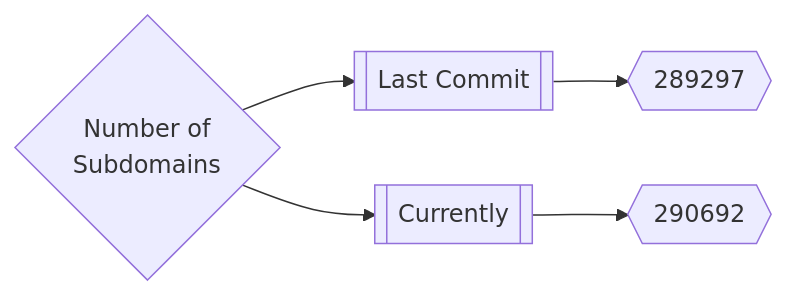
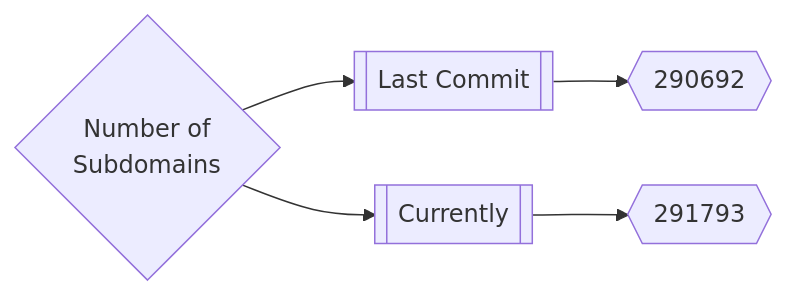
Before and after one commit to trickest/inventory: the first of 3 diagrams in README.md, drawn with Mermaid. The commit also changed other lines of this file, not shown here.

Commit message:
Update Sun May  1 03:05:33 UTC 2022

````diff
--- a/README.md
+++ b/README.md
@@ -165,5 +165,5 @@
 ```mermaid
 graph LR
-title{Number of<br>Subdomains} --> subdomainsDate1[[Last Commit]] --> subdomainsNum1{{289297}}
-title --> subdomainsDate2[[Currently]] --> subdomainsNum2{{290692}}
+title{Number of<br>Subdomains} --> subdomainsDate1[[Last Commit]] --> subdomainsNum1{{290692}}
+title --> subdomainsDate2[[Currently]] --> subdomainsNum2{{291793}}
 ```
````
